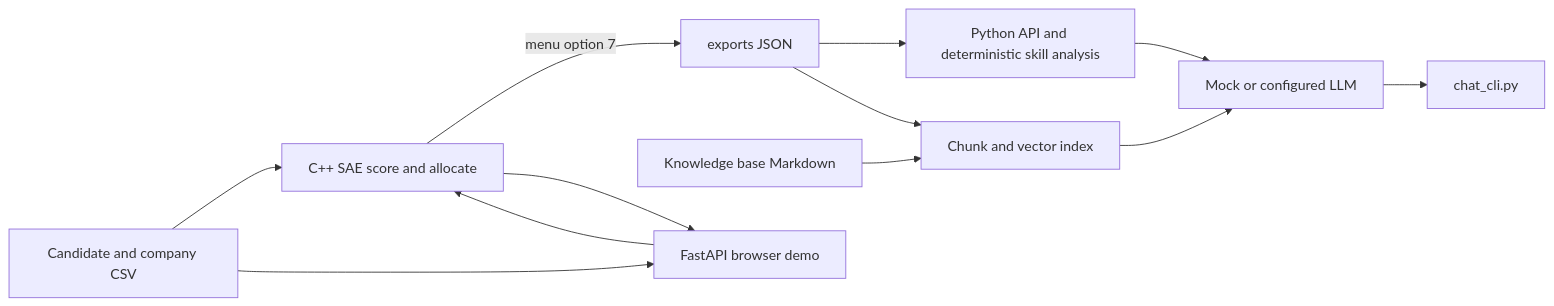
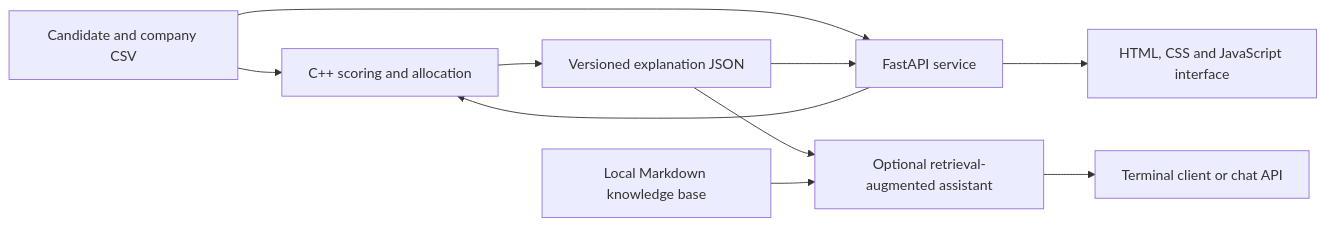
The diagram in README.md (developmentwithparth1311/FairSeat), drawn with Mermaid before and after one commit. The commit also changed other lines of this file, not shown here.

````diff
--- a/README.md
+++ b/README.md
@@ -170,14 +23,12 @@
 ```mermaid
 flowchart LR
-  CSV[Candidate and company CSV] --> SAE[C++ SAE score and allocate]
-  SAE -->|menu option 7| JSON[exports JSON]
-  JSON --> API[Python API and deterministic skill analysis]
-  KB[Knowledge base Markdown] --> INDEX[Chunk and vector index]
-  JSON --> INDEX
-  API --> CHAT[Mock or configured LLM]
-  INDEX --> CHAT
-  CHAT --> CLI[chat_cli.py]
-  CSV --> WEB[FastAPI browser demo]
-  WEB --> SAE
-  SAE --> WEB
+  CSV[Candidate and company CSV] --> CORE[C++ scoring and allocation]
+  CORE --> JSON[Versioned explanation JSON]
+  CSV --> API[FastAPI service]
+  API --> CORE
+  JSON --> API
+  API --> WEB[HTML, CSS and JavaScript interface]
+  JSON --> RAG[Optional retrieval-augmented assistant]
+  KB[Local Markdown knowledge base] --> RAG
+  RAG --> CHAT[Terminal client or chat API]
 ```
````
